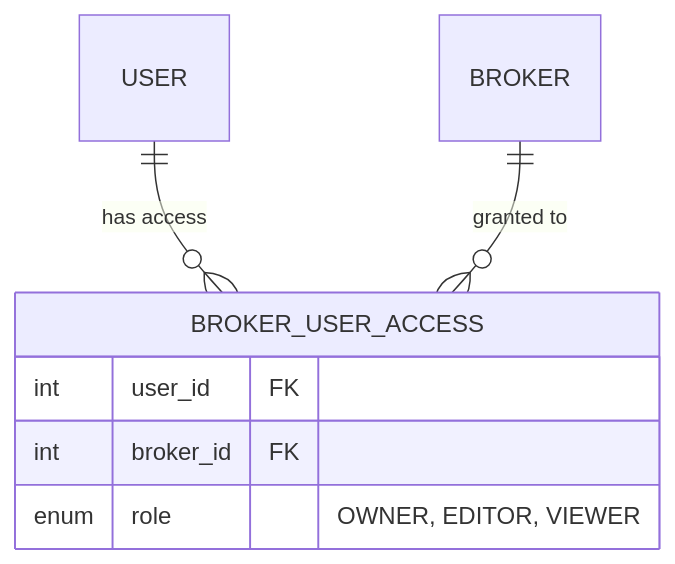
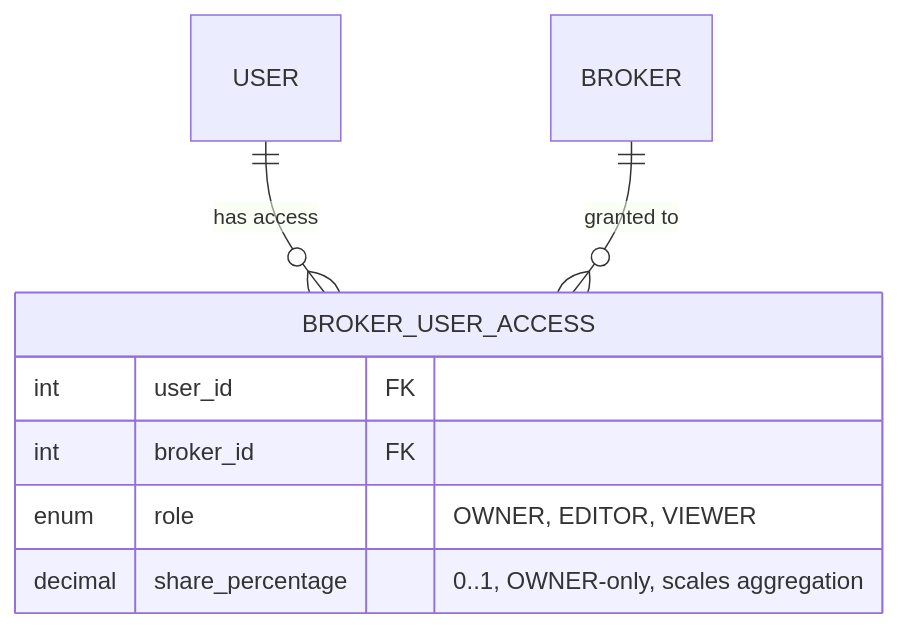
Before and after one commit to Librefolio/LibreFolio: the diagram in mkdocs_src/docs/developer/architecture/access_control.md, drawn with Mermaid. The commit also changed other lines of this file and 87 other files, not shown here.

````diff
--- a/mkdocs_src/docs/developer/architecture/access_control.md
+++ b/mkdocs_src/docs/developer/architecture/access_control.md
@@ -10,11 +10,12 @@
 ```mermaid
 erDiagram
     USER ||--o{ BROKER_USER_ACCESS : "has access"
     BROKER ||--o{ BROKER_USER_ACCESS : "granted to"
     
     BROKER_USER_ACCESS {
         int user_id FK
         int broker_id FK
         enum role "OWNER, EDITOR, VIEWER"
+        decimal share_percentage "0..1, OWNER-only, scales aggregation"
     }
 ```
````
